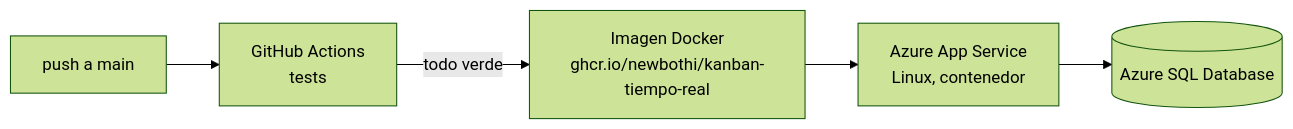
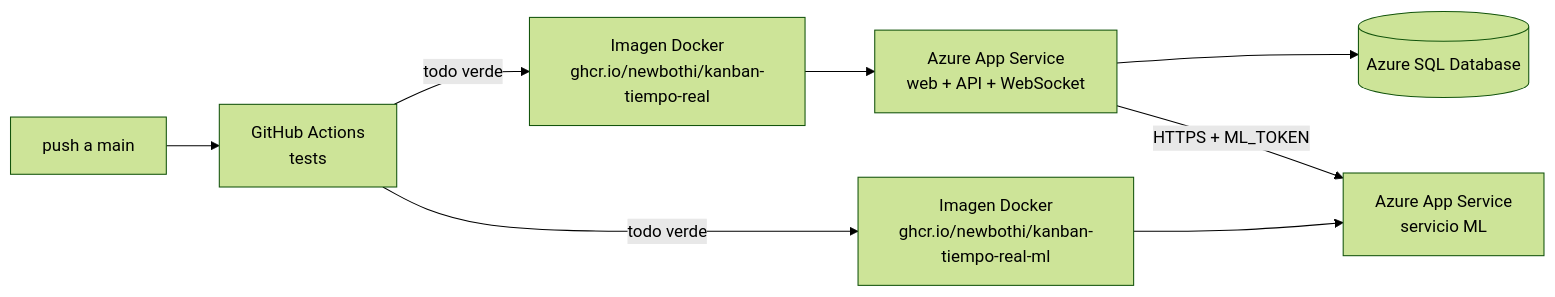
Before and after one commit to newbothi/kanban-tiempo-real: the second of 2 diagrams in README.md, drawn with Mermaid (forest theme). The commit also changed other lines of this file and 59 other files, not shown here.

````diff
--- a/README.md
+++ b/README.md
@@ -176,7 +232,10 @@
 ```mermaid
 flowchart LR
   P[push a main] --> CI[GitHub Actions<br/>tests]
   CI -- todo verde --> IMG[Imagen Docker<br/>ghcr.io/newbothi/kanban-tiempo-real]
-  IMG --> AS[Azure App Service<br/>Linux, contenedor]
+  CI -- todo verde --> IMGML[Imagen Docker<br/>ghcr.io/newbothi/kanban-tiempo-real-ml]
+  IMG --> AS[Azure App Service<br/>web + API + WebSocket]
+  IMGML --> ASML[Azure App Service<br/>servicio ML]
   AS --> SQL[(Azure SQL Database)]
+  AS -- "HTTPS + ML_TOKEN" --> ASML
 ```
````
